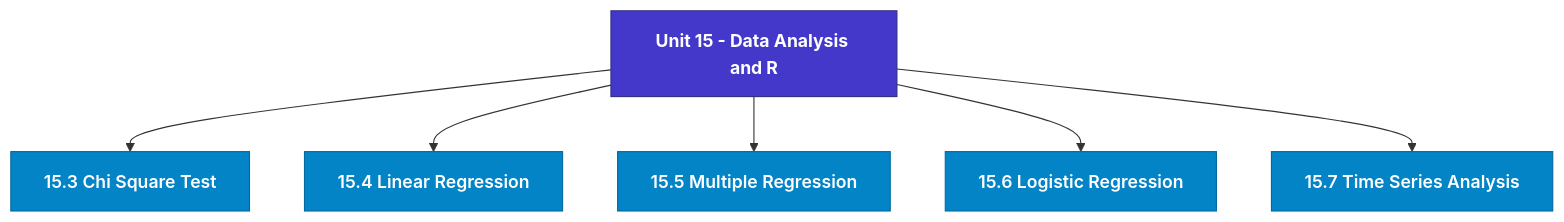
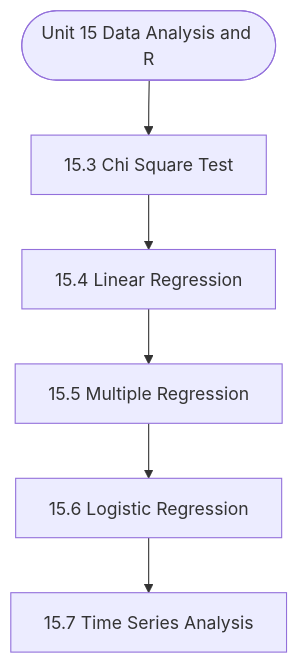
One commit to Asutosh-Coaching/mscdsa changed the diagram in notes/Semester_2/MCS-068_Predictive_Data_Analysis/unit_15_Data_Analysis_and_R.md. Above: the diagram before and after it, drawn with Mermaid. The commit also changed other lines of this file and 115 other files, not shown here.

Commit message:
Fix Mermaid layout for mobile, isolate LaTeX delimiters, and add GitHub Pages reader

````diff
--- a/notes/Semester_2/MCS-068_Predictive_Data_Analysis/unit_15_Data_Analysis_and_R.md
+++ b/notes/Semester_2/MCS-068_Predictive_Data_Analysis/unit_15_Data_Analysis_and_R.md
@@ -19,19 +19,14 @@
 ```mermaid
 flowchart TD
-  %% Styling Definitions
-  classDef head fill:#4338ca,stroke:#312e81,color:#ffffff,font-weight:bold;
-  classDef topic fill:#0284c7,stroke:#0369a1,color:#ffffff,font-weight:600;
-  classDef sub fill:#1e293b,stroke:#475569,color:#f8fafc;
-
-  Root["Unit 15 - Data Analysis and R"]:::head
-  M1["15.3 Chi Square Test"]:::topic
-  Root --> M1
-  M2["15.4 Linear Regression"]:::topic
-  Root --> M2
-  M3["15.5 Multiple Regression"]:::topic
-  Root --> M3
-  M4["15.6 Logistic Regression"]:::topic
-  Root --> M4
-  M5["15.7 Time Series Analysis"]:::topic
-  Root --> M5
+  Start(["Unit 15 Data Analysis and R"])
+  N1["15.3 Chi Square Test"]
+  N2["15.4 Linear Regression"]
+  N3["15.5 Multiple Regression"]
+  N4["15.6 Logistic Regression"]
+  N5["15.7 Time Series Analysis"]
+  Start --> N1
+  N1 --> N2
+  N2 --> N3
+  N3 --> N4
+  N4 --> N5
 ```
````
